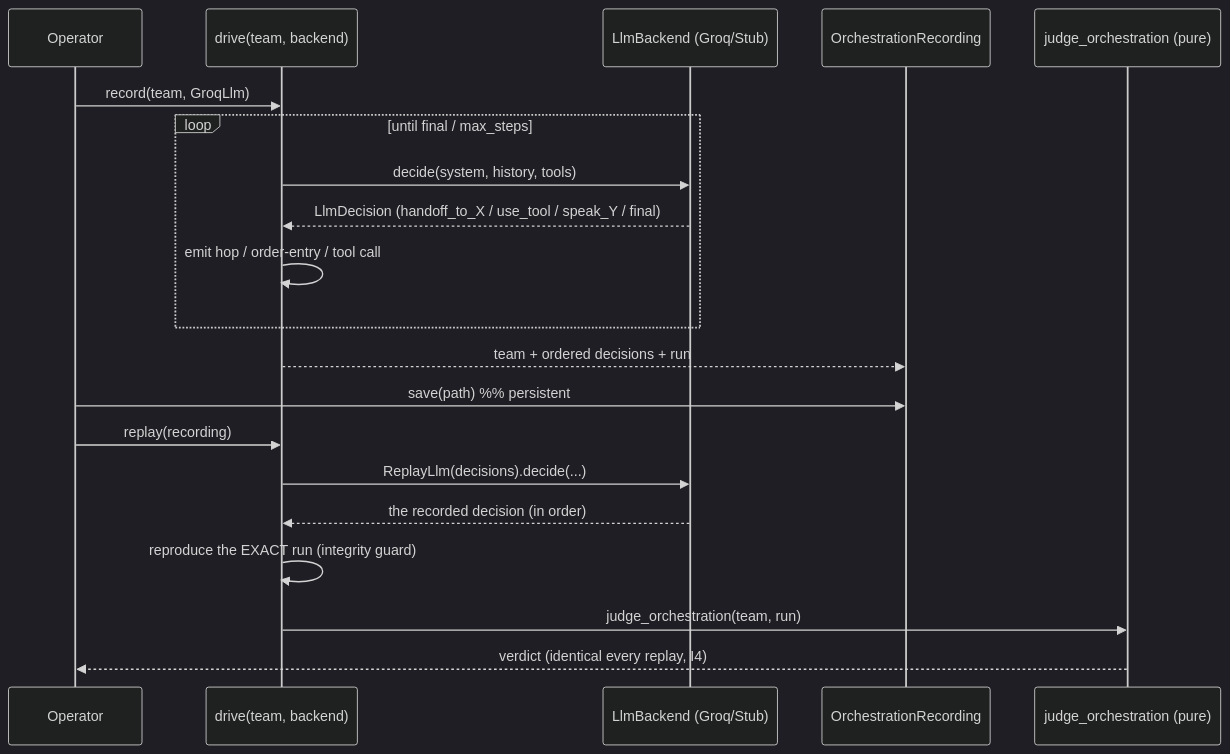
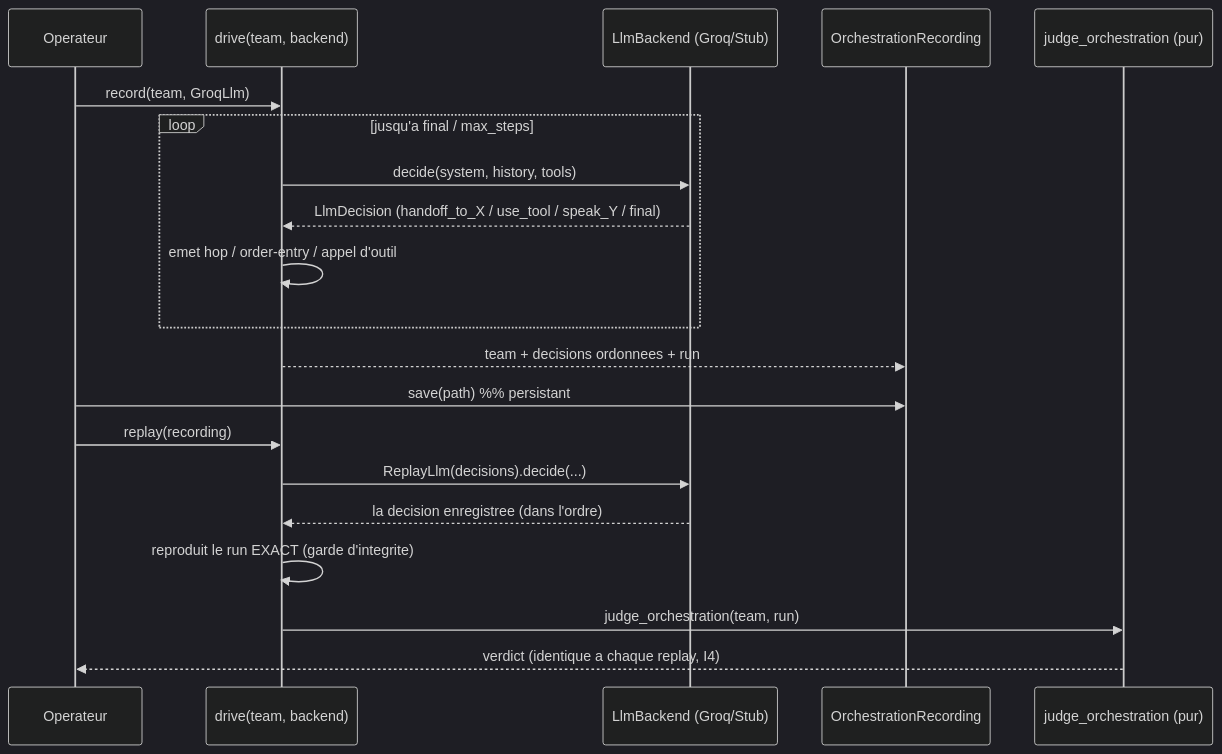
One commit to mo0ogly/recette_IA_agents changed the third of 8 diagrams in docs/runbooks/replay-model.md. Above: the diagram before and after it, drawn with Mermaid (dark theme). The commit also changed other lines of this file and 25 other files, not shown here.

````diff
--- a/docs/runbooks/replay-model.md
+++ b/docs/runbooks/replay-model.md
@@ -59,24 +60,24 @@
 ```mermaid
 sequenceDiagram
-  participant Op as Operator
+  participant Op as Operateur
   participant Drv as drive(team, backend)
   participant LLM as LlmBackend (Groq/Stub)
   participant Rec as OrchestrationRecording
-  participant Judge as judge_orchestration (pure)
+  participant Judge as judge_orchestration (pur)
 
   Op->>Drv: record(team, GroqLlm)
-  loop until final / max_steps
+  loop jusqu'a final / max_steps
     Drv->>LLM: decide(system, history, tools)
     LLM-->>Drv: LlmDecision (handoff_to_X / use_tool / speak_Y / final)
-    Drv->>Drv: emit hop / order-entry / tool call
+    Drv->>Drv: emet hop / order-entry / appel d'outil
   end
-  Drv-->>Rec: team + ordered decisions + run
-  Op->>Rec: save(path)  %% persistent
+  Drv-->>Rec: team + decisions ordonnees + run
+  Op->>Rec: save(path)  %% persistant
 
   Op->>Drv: replay(recording)
   Drv->>LLM: ReplayLlm(decisions).decide(...)
-  LLM-->>Drv: the recorded decision (in order)
-  Drv->>Drv: reproduce the EXACT run (integrity guard)
+  LLM-->>Drv: la decision enregistree (dans l'ordre)
+  Drv->>Drv: reproduit le run EXACT (garde d'integrite)
   Drv->>Judge: judge_orchestration(team, run)
-  Judge-->>Op: verdict (identical every replay, I4)
+  Judge-->>Op: verdict (identique a chaque replay, I4)
 ```
````
